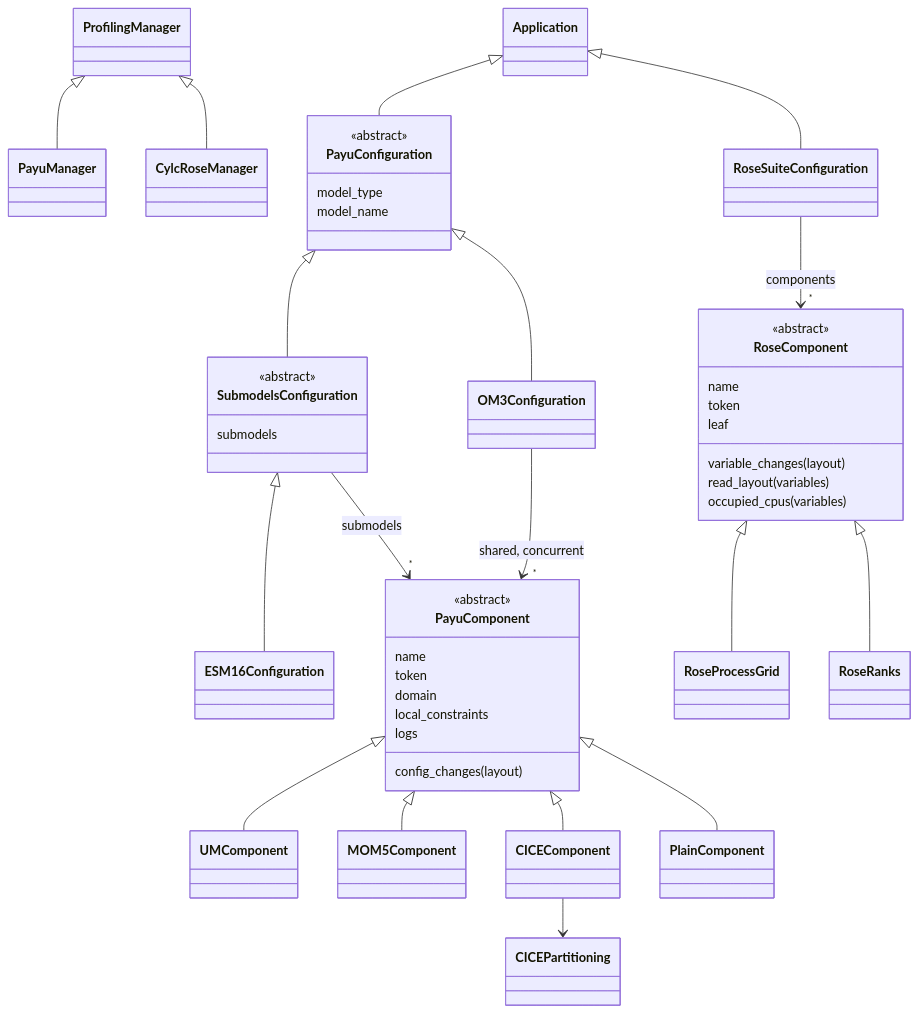
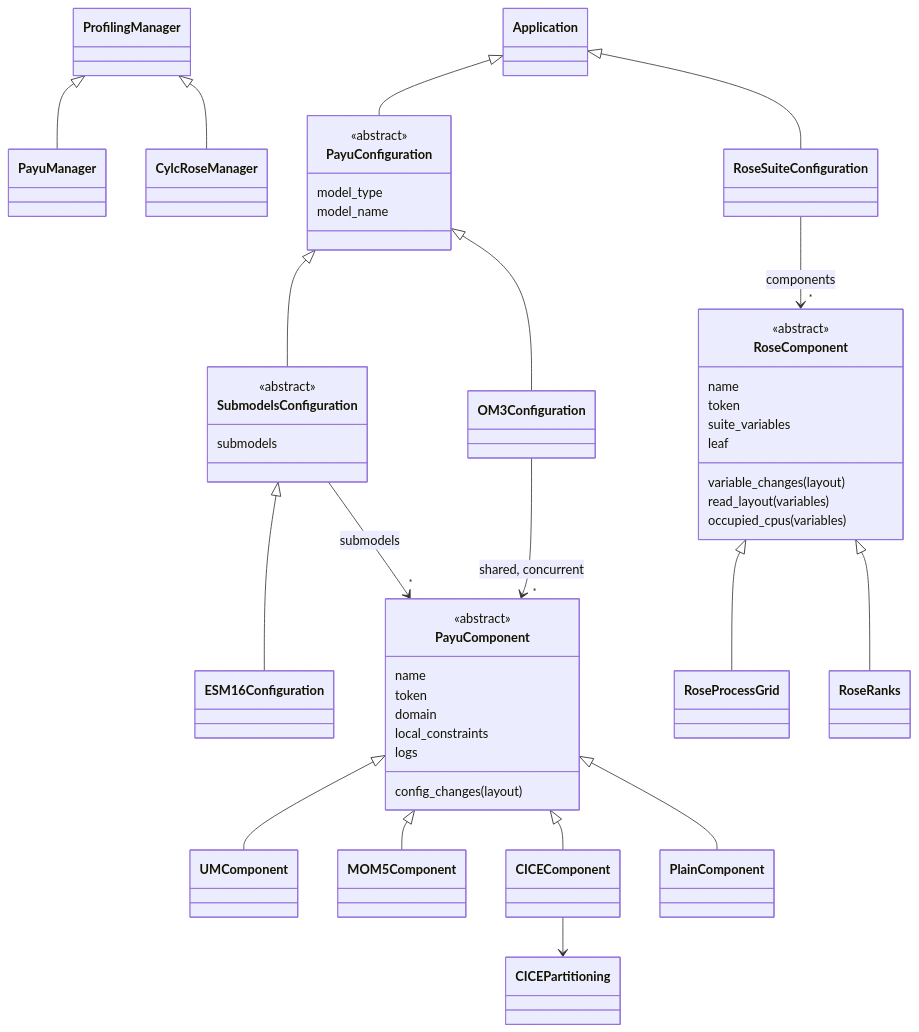
Before and after one commit to ACCESS-NRI/access-profiling: the second of 3 diagrams in documentation/docs/pages/developer-guide/index.md, drawn with Mermaid. The commit also changed other lines of this file and 12 other files, not shown here.

````diff
--- a/documentation/docs/pages/developer-guide/index.md
+++ b/documentation/docs/pages/developer-guide/index.md
@@ -89,48 +89,49 @@
 ```mermaid
 classDiagram
     direction TB
     ProfilingManager <|-- PayuManager
     ProfilingManager <|-- CylcRoseManager
     class PayuConfiguration {
         <<abstract>>
         model_type
         model_name
     }
     class SubmodelsConfiguration {
         <<abstract>>
         submodels
     }
     class PayuComponent {
         <<abstract>>
         name
         token
         domain
         local_constraints
         logs
         config_changes(layout)
     }
     class RoseComponent {
         <<abstract>>
         name
         token
+        suite_variables
         leaf
         variable_changes(layout)
         read_layout(variables)
         occupied_cpus(variables)
     }
     Application <|-- PayuConfiguration
     Application <|-- RoseSuiteConfiguration
     RoseSuiteConfiguration --> "*" RoseComponent : components
     RoseComponent <|-- RoseProcessGrid
     RoseComponent <|-- RoseRanks
     PayuConfiguration <|-- SubmodelsConfiguration
     PayuConfiguration <|-- OM3Configuration
     SubmodelsConfiguration <|-- ESM16Configuration
     SubmodelsConfiguration --> "*" PayuComponent : submodels
     PayuComponent <|-- UMComponent
     PayuComponent <|-- MOM5Component
     PayuComponent <|-- CICEComponent
     PayuComponent <|-- PlainComponent
     CICEComponent --> CICEPartitioning
     OM3Configuration --> "*" PayuComponent : shared, concurrent
 ```
````
